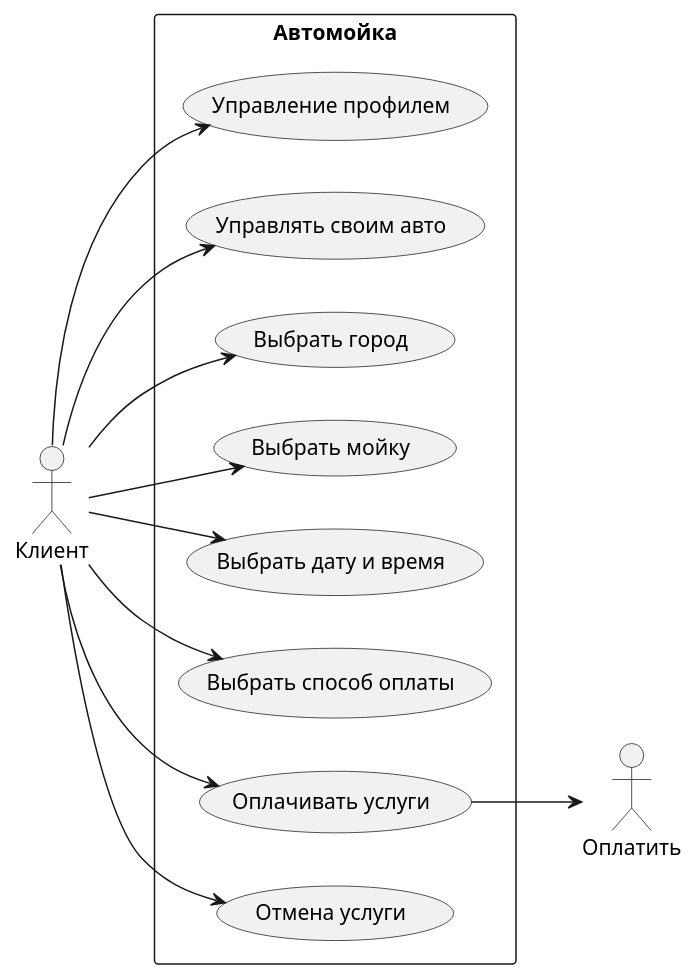
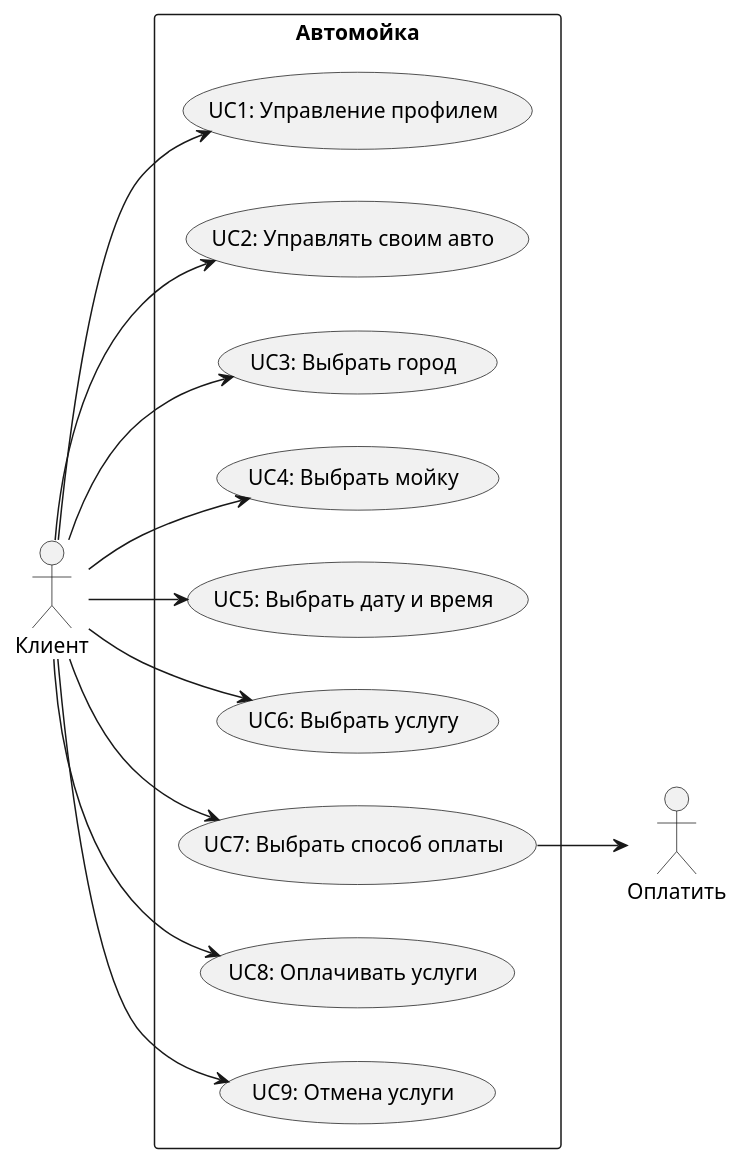
Before and after one commit to MovingX/Integration-of-information-systems: the diagram in README.md, drawn with PlantUML. The commit also changed other lines of this file, not shown here.

````diff
--- a/README.md
+++ b/README.md
@@ -10,31 +10,33 @@
 ```plantuml
 
 @startuml
 left to right direction
 actor "Оплатить" as toPay
 actor "Клиент" as client
 rectangle Автомойка {
-  usecase "Управление профилем" as UC1
-  usecase "Управлять своим авто" as UC2
-  usecase "Выбрать город" as UC3
-  usecase "Выбрать мойку" as UC4
-  usecase "Выбрать дату и время" as UC5
-  usecase "Выбрать услугу" as UC6
-  usecase "Выбрать способ оплаты" as UC6
-  usecase "Оплачивать услуги" as UC7
-  usecase "Отмена услуги" as UC8
+  usecase "UC1: Управление профилем" as UC1
+  usecase "UC2: Управлять своим авто" as UC2
+  usecase "UC3: Выбрать город" as UC3
+  usecase "UC4: Выбрать мойку" as UC4
+  usecase "UC5: Выбрать дату и время" as UC5
+  usecase "UC6: Выбрать услугу" as UC6
+  usecase "UC7: Выбрать способ оплаты" as UC7
+  usecase "UC8: Оплачивать услуги" as UC8
+  usecase "UC9: Отмена услуги" as UC9
 
 }
 client --> UC1
 client --> UC2
 client --> UC3
 client --> UC4
 client --> UC5
 client --> UC6
 client --> UC7
 client --> UC8
+client --> UC9
 UC7 --> toPay
+
 
 @enduml
 
 ```
````
